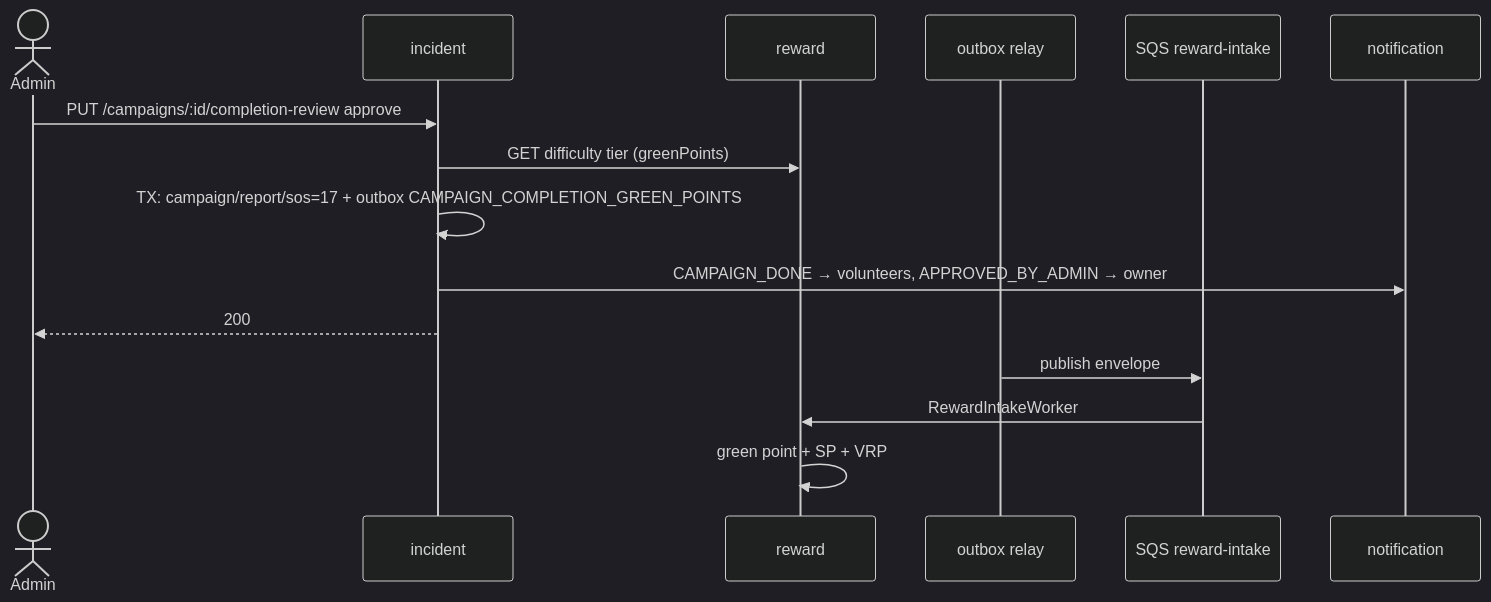
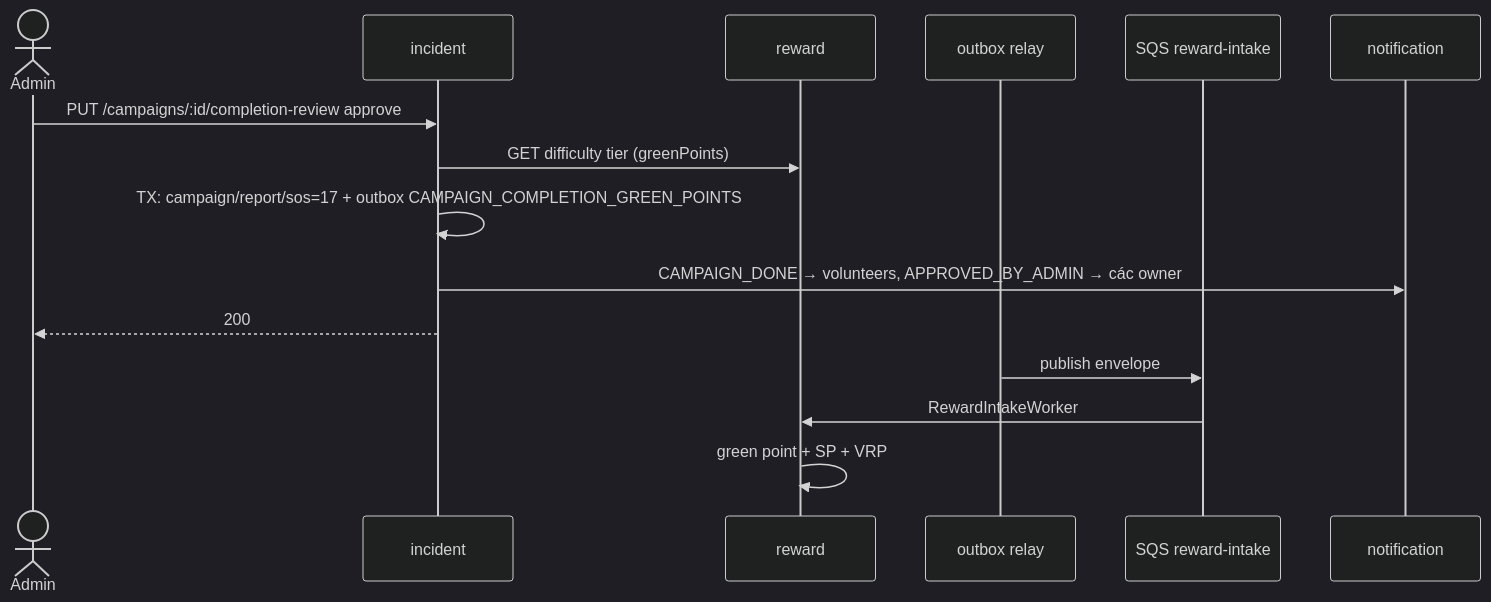
Before and after one commit to DOAN2-UQT-KN/ecolink-docs: diagram 18 of 24 in 02-business-flows.md, drawn with Mermaid (dark theme). The commit also changed other lines of this file and 10 other files, not shown here.

Commit message:
docs: multi-owner organization registration flow

````diff
--- a/02-business-flows.md
+++ b/02-business-flows.md
@@ -830,17 +755,17 @@
 ```mermaid
 sequenceDiagram
   actor A as Admin
   participant INC as incident
   participant RW as reward
   participant RL as outbox relay
   participant Q as SQS reward-intake
   participant NS as notification
   A->>INC: PUT /campaigns/:id/completion-review approve
   INC->>RW: GET difficulty tier (greenPoints)
   INC->>INC: TX: campaign/report/sos=17 + outbox CAMPAIGN_COMPLETION_GREEN_POINTS
-  INC->>NS: CAMPAIGN_DONE → volunteers, APPROVED_BY_ADMIN → owner
+  INC->>NS: CAMPAIGN_DONE → volunteers, APPROVED_BY_ADMIN → các owner
   INC-->>A: 200
   RL->>Q: publish envelope
   Q->>RW: RewardIntakeWorker
   RW->>RW: green point + SP + VRP
 ```
````
